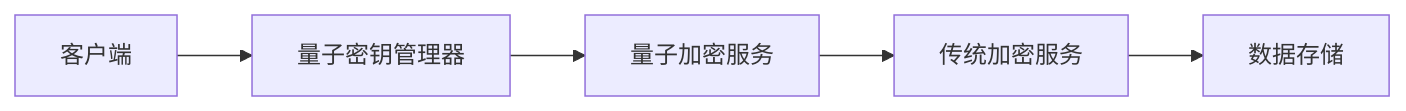
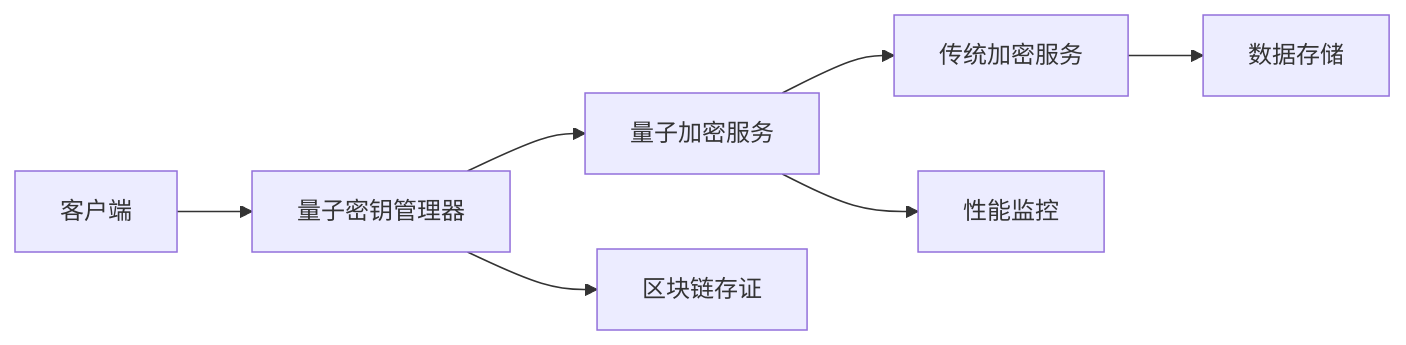
One commit to KLJyouth/deepseek-companion changed the third of 7 diagrams in docs/architecture.md. Above: the diagram before and after it, drawn with Mermaid. The commit also changed other lines of this file and 5 other files, not shown here.

````diff
--- a/docs/architecture.md
+++ b/docs/architecture.md
@@ -66,7 +66,9 @@
 ```mermaid
 graph LR
     A[客户端] --> B[量子密钥管理器]
     B --> C[量子加密服务]
     C --> D[传统加密服务]
     D --> E[数据存储]
+    B --> F[区块链存证]
+    C --> G[性能监控]
 ```
````
